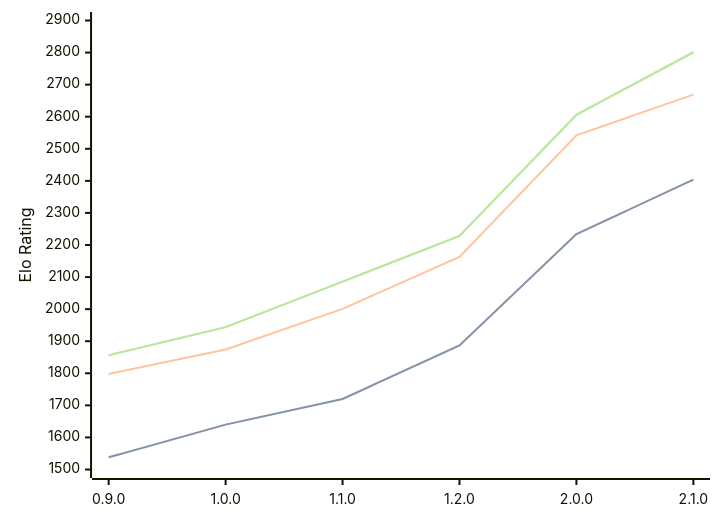
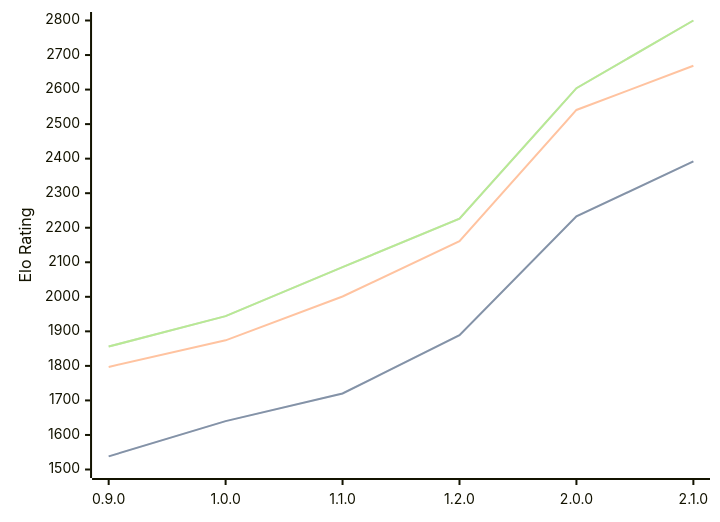
One commit to computer-chess-index/cci changed the third of 3 diagrams in engines/Ratsu.md. Above: the diagram before and after it, drawn with Mermaid. The commit also changed other lines of this file, not shown here.

Commit message:
Update CCI Ratings (ELO VLTC) - 2026-07-15

````diff
--- a/engines/Ratsu.md
+++ b/engines/Ratsu.md
@@ -69,11 +69,11 @@
 ```mermaid
 %%{init: {"theme":"base","themeVariables":{"seriesColors:['#a3a3a3','#222221','#faa371']}}}%%
 xychart-beta
   x-axis ["0.9.0", "1.0.0", "1.1.0", "1.2.0", "2.0.0", "2.1.0"]
-  y-axis "Elo Rating" 1500 --> 2900
-  line "STC (8.0+0.08s)" [1538, 1640, 1720, 1887, 2234, 2404]
-  line "STC (8.0+0.08s)" [1538, 1640, 1720, 1887, 2234, 2404]
-  line "LTC (60.0+0.60s)" [1798, 1874, 2001, 2163, 2542, 2669]
-  line "VLTC (2m24s+1.12s)" [1856, 1944, 2086, 2228, 2606, 2801]
-  line "VLTC (2m24s+1.12s)" [1856, 1944, 2086, 2228, 2606, 2801]
+  y-axis "Elo Rating" 1500 --> 2800
+  line "STC (8.0+0.08s)" [1538, 1640, 1720, 1889, 2233, 2392]
+  line "STC (8.0+0.08s)" [1538, 1640, 1720, 1889, 2233, 2392]
+  line "LTC (60.0+0.60s)" [1797, 1874, 2001, 2161, 2541, 2669]
+  line "VLTC (2m24s+1.12s)" [1856, 1944, 2086, 2226, 2604, 2800]
+  line "VLTC (2m24s+1.12s)" [1856, 1944, 2086, 2226, 2604, 2800]
 ```
````
